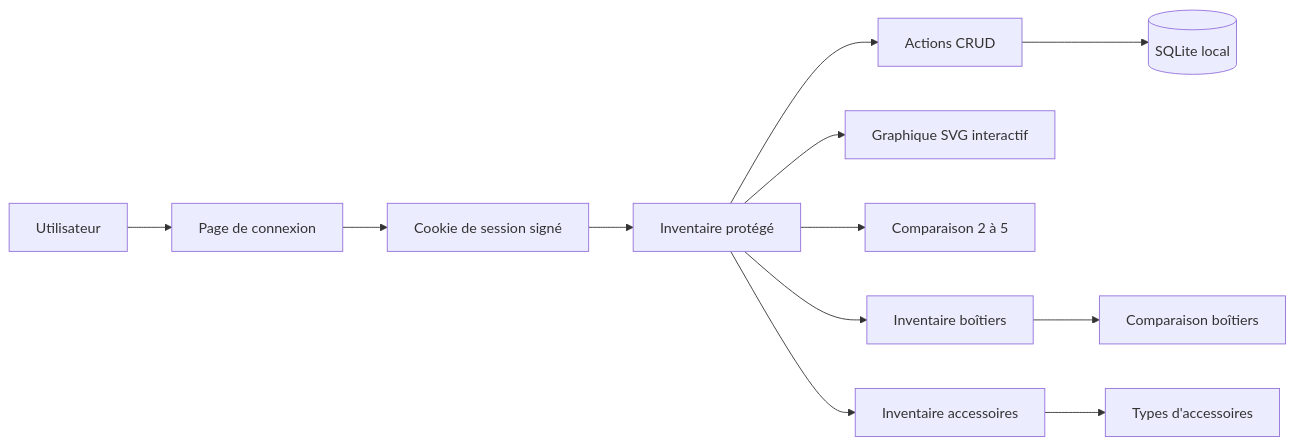
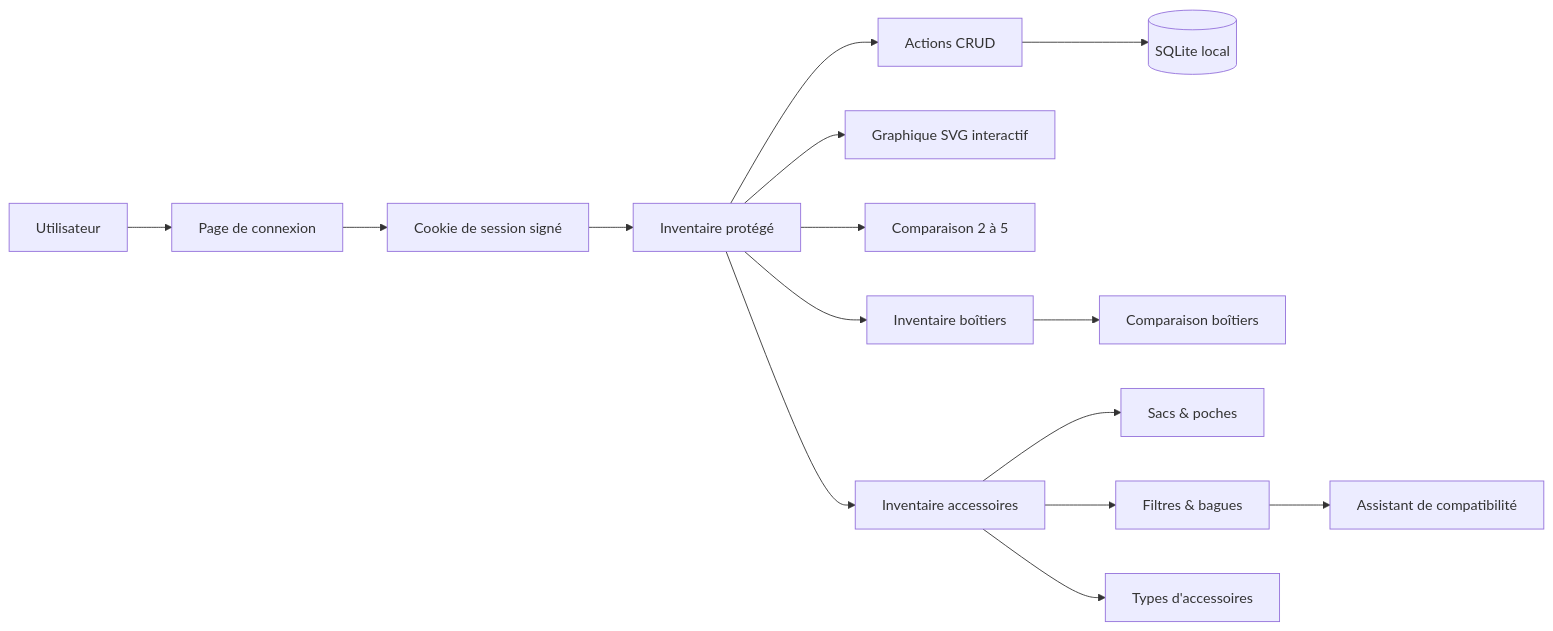
The first of 2 diagrams in README.md (ThibaultAuge/PhotoPark), drawn with Mermaid before and after one commit. The commit also changed other lines of this file and 30 other files, not shown here.

````diff
--- a/README.md
+++ b/README.md
@@ -38,14 +38,17 @@
 ```mermaid
 flowchart LR
     User[Utilisateur] --> Login[Page de connexion]
     Login --> Session[Cookie de session signé]
     Session --> App[Inventaire protégé]
     App --> CRUD[Actions CRUD]
     CRUD --> SQLite[(SQLite local)]
     App --> Chart[Graphique SVG interactif]
     App --> Compare[Comparaison 2 à 5]
     App --> Bodies[Inventaire boîtiers]
     App --> Accessories[Inventaire accessoires]
     Bodies --> BodyCompare[Comparaison boîtiers]
+    Accessories --> Bags[Sacs & poches]
+    Accessories --> Filters[Filtres & bagues]
+    Filters --> Assembly[Assistant de compatibilité]
     Accessories --> AccessorySettings[Types d'accessoires]
 ```
````
